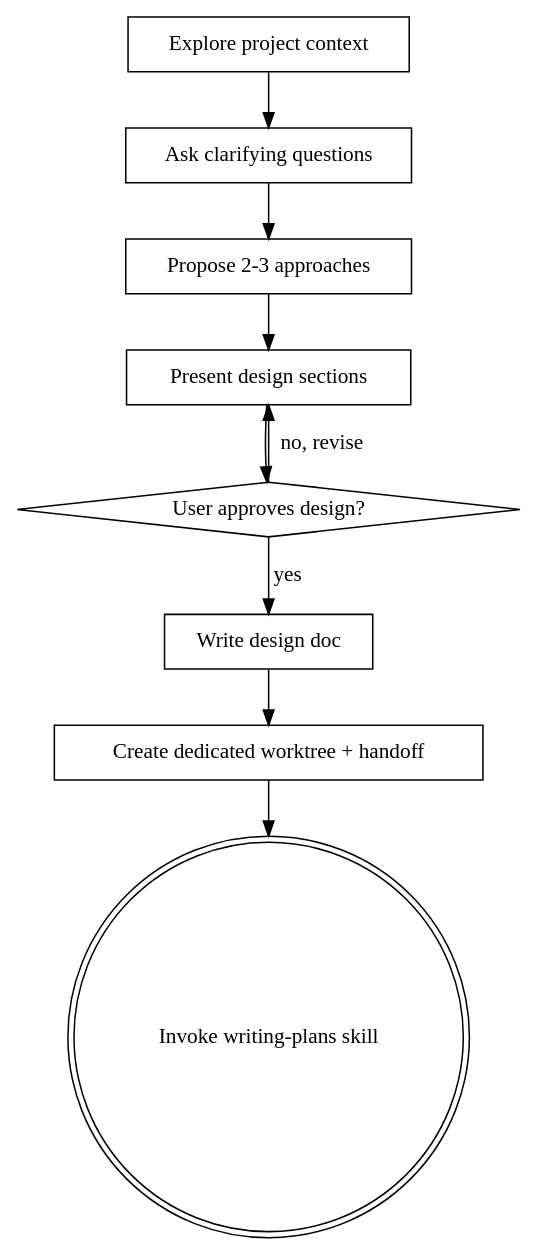
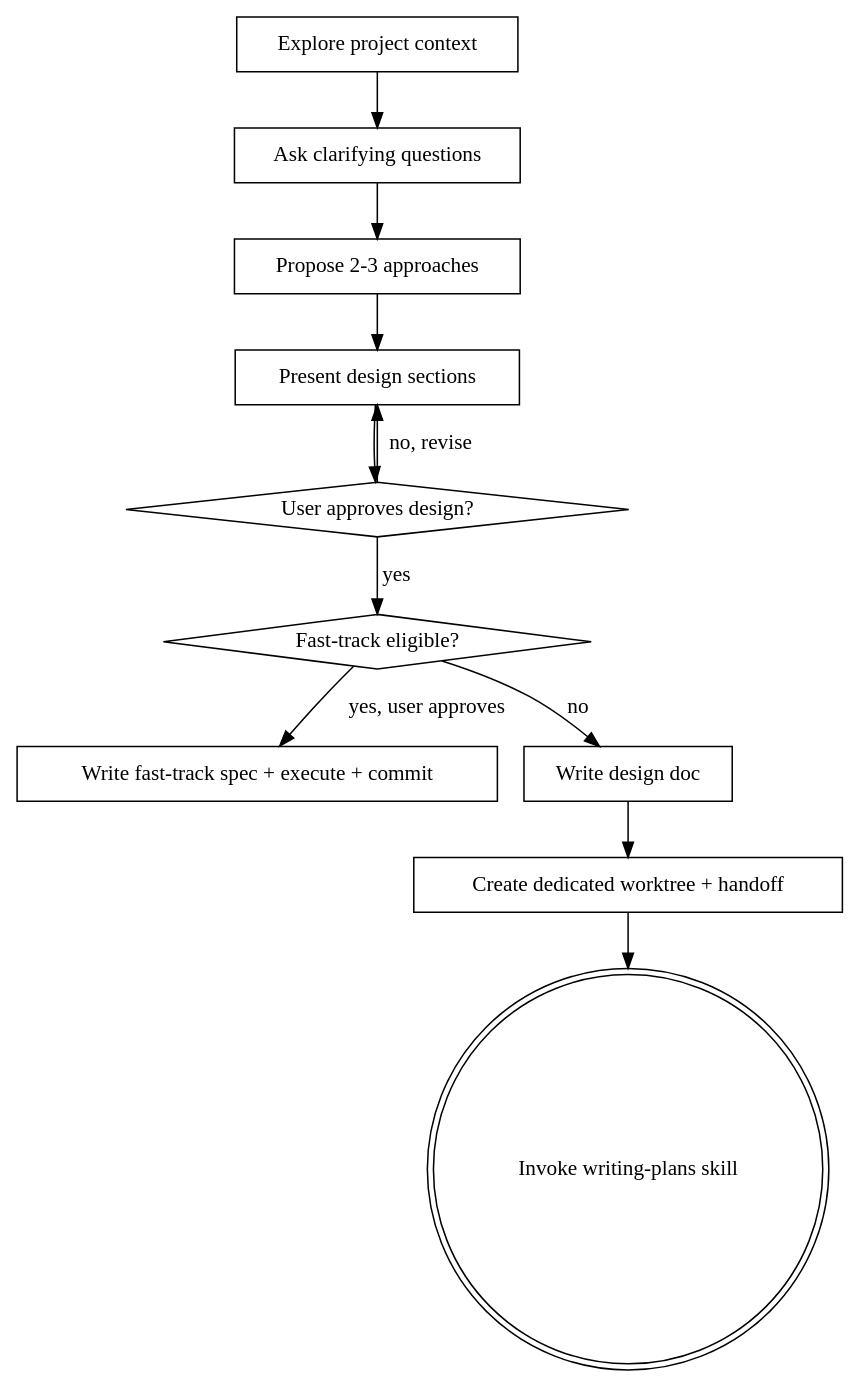
Before and after one commit to TripQi/travelpowers: the diagram in brainstorming/SKILL.md, drawn with Graphviz. The commit also changed other lines of this file and 8 other files, not shown here.

````diff
--- a/brainstorming/SKILL.md
+++ b/brainstorming/SKILL.md
@@ -38,21 +74,25 @@
 ```dot
 digraph brainstorming {
     "Explore project context" [shape=box];
     "Ask clarifying questions" [shape=box];
     "Propose 2-3 approaches" [shape=box];
     "Present design sections" [shape=box];
     "User approves design?" [shape=diamond];
+    "Fast-track eligible?" [shape=diamond];
+    "Write fast-track spec + execute + commit" [shape=box];
     "Write design doc" [shape=box];
     "Create dedicated worktree + handoff" [shape=box];
     "Invoke writing-plans skill" [shape=doublecircle];
 
     "Explore project context" -> "Ask clarifying questions";
     "Ask clarifying questions" -> "Propose 2-3 approaches";
     "Propose 2-3 approaches" -> "Present design sections";
     "Present design sections" -> "User approves design?";
     "User approves design?" -> "Present design sections" [label="no, revise"];
-    "User approves design?" -> "Write design doc" [label="yes"];
+    "User approves design?" -> "Fast-track eligible?" [label="yes"];
+    "Fast-track eligible?" -> "Write fast-track spec + execute + commit" [label="yes, user approves"];
+    "Fast-track eligible?" -> "Write design doc" [label="no"];
     "Write design doc" -> "Create dedicated worktree + handoff";
     "Create dedicated worktree + handoff" -> "Invoke writing-plans skill";
 }
 ```
````
